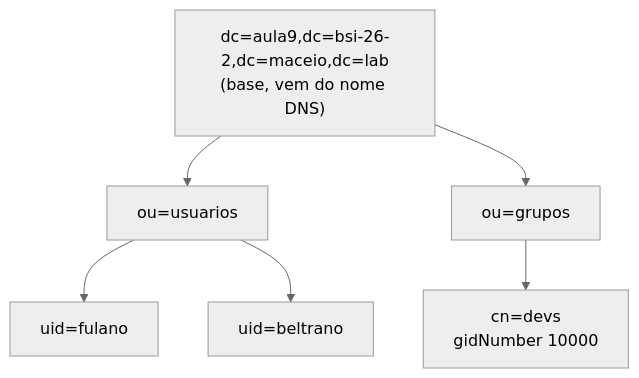
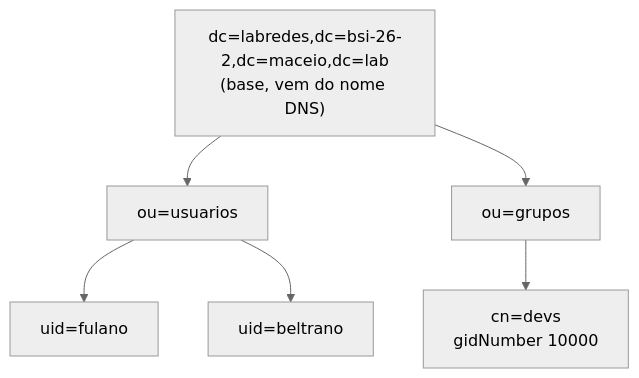
One commit to alaelson/labredes-2026.2 changed the second of 4 diagrams in Aula9.md. Above: the diagram before and after it, drawn with Mermaid (neutral theme). The commit also changed other lines of this file and 1 other file, not shown here.

First line of the commit message:
Aula 09: domínio da prática passa a labredes.bsi-26-2.maceio.lab

````diff
--- a/Aula9.md
+++ b/Aula9.md
@@ -67,8 +67,8 @@
 ```mermaid
 flowchart TD
-    B["dc=aula9,dc=bsi-26-2,dc=maceio,dc=lab<br/>(base, vem do nome DNS)"] --> U["ou=usuarios"]
+    B["dc=labredes,dc=bsi-26-2,dc=maceio,dc=lab<br/>(base, vem do nome DNS)"] --> U["ou=usuarios"]
     B --> G["ou=grupos"]
     U --> F["uid=fulano"]
     U --> BE["uid=beltrano"]
     G --> D["cn=devs<br/>gidNumber 10000"]
 ```
````
